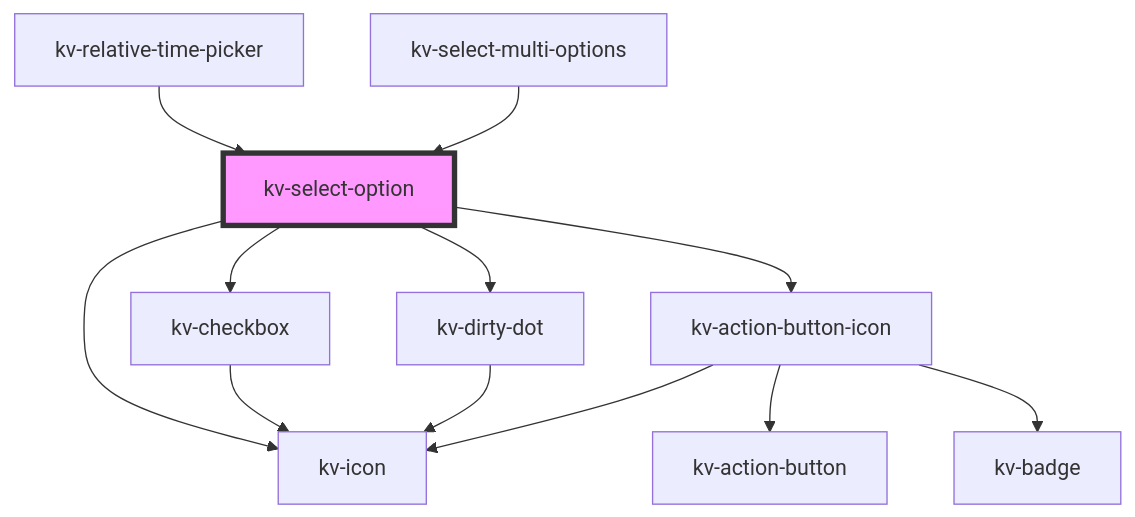
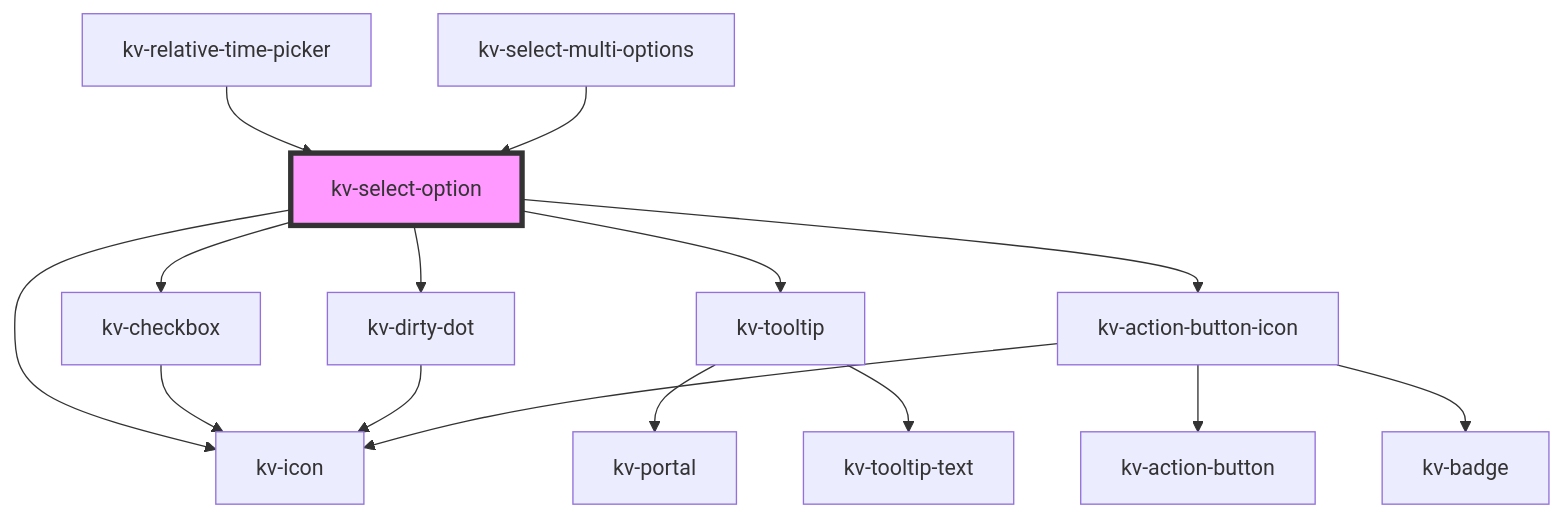
The diagram in packages/ui-components/src/components/select-option/readme.md (kelvininc/ui-components), drawn with Mermaid before and after one commit. The commit also changed other lines of this file and 49 other files, not shown here.

````diff
--- a/packages/ui-components/src/components/select-option/readme.md
+++ b/packages/ui-components/src/components/select-option/readme.md
@@ -105,15 +107,18 @@
 ```mermaid
 graph TD;
   kv-select-option --> kv-checkbox
+  kv-select-option --> kv-tooltip
   kv-select-option --> kv-icon
   kv-select-option --> kv-dirty-dot
   kv-select-option --> kv-action-button-icon
   kv-checkbox --> kv-icon
+  kv-tooltip --> kv-portal
+  kv-tooltip --> kv-tooltip-text
   kv-dirty-dot --> kv-icon
   kv-action-button-icon --> kv-action-button
   kv-action-button-icon --> kv-icon
   kv-action-button-icon --> kv-badge
   kv-relative-time-picker --> kv-select-option
   kv-select-multi-options --> kv-select-option
   style kv-select-option fill:#f9f,stroke:#333,stroke-width:4px
 ```
````
